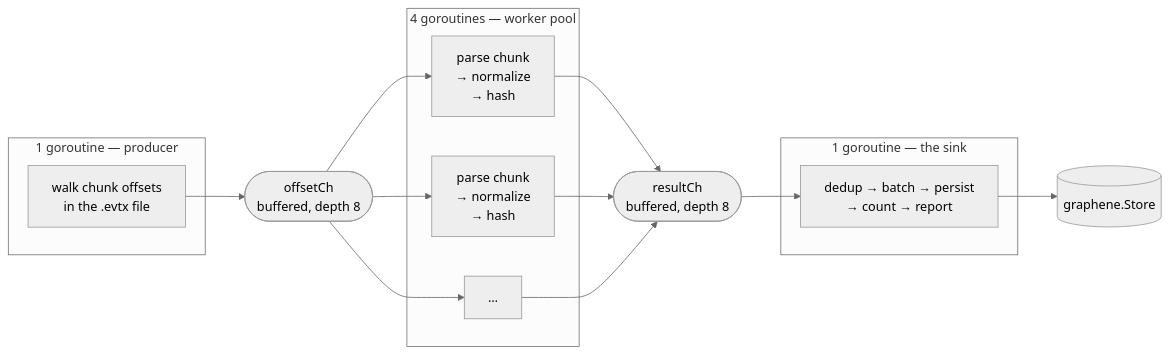
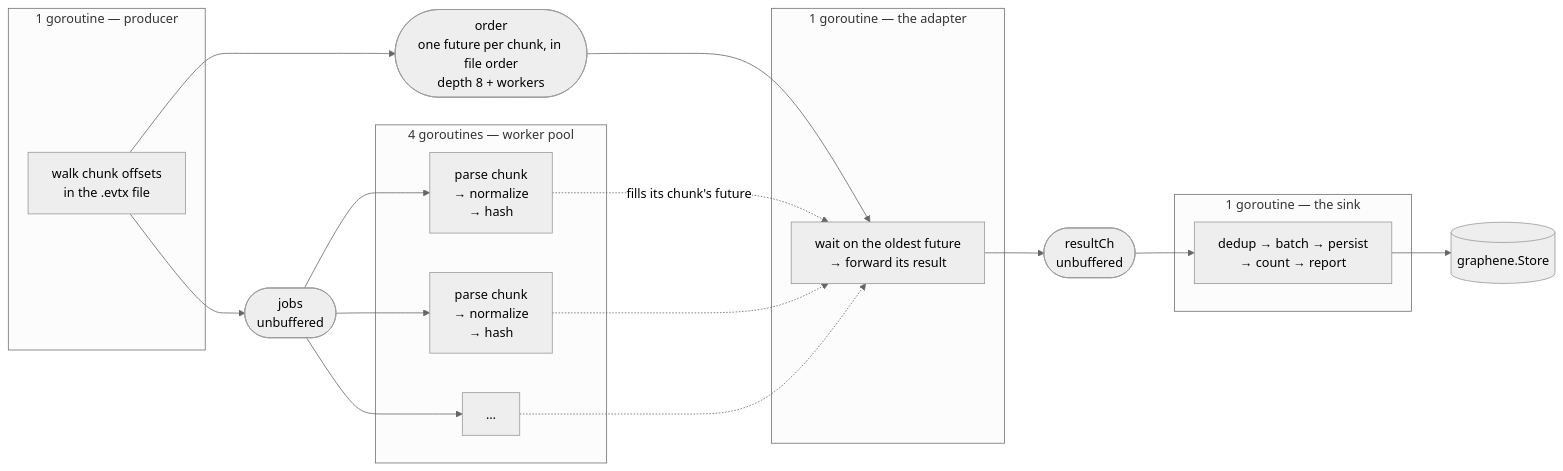
One commit to aoiflux/rohy changed the seventh of 19 diagrams in LLD.md. Above: the diagram before and after it, drawn with Mermaid (neutral theme). The commit also changed other lines of this file and 30 other files, not shown here.

````diff
--- a/LLD.md
+++ b/LLD.md
@@ -606,27 +606,36 @@
 ```mermaid
 flowchart LR
     subgraph producer["1 goroutine — producer"]
         P["walk chunk offsets<br/>in the .evtx file"]
     end
 
-    OC(["offsetCh<br/>buffered, depth 8"])
+    OQ(["order<br/>one future per chunk, in file order<br/>depth 8 + workers"])
+    JC(["jobs<br/>unbuffered"])
 
     subgraph workers["4 goroutines — worker pool"]
         W1["parse chunk<br/>→ normalize<br/>→ hash"]
         W2["parse chunk<br/>→ normalize<br/>→ hash"]
         W3["…"]
     end
 
-    RC(["resultCh<br/>buffered, depth 8"])
+    subgraph adapter["1 goroutine — the adapter"]
+        A["wait on the oldest future<br/>→ forward its result"]
+    end
+
+    RC(["resultCh<br/>unbuffered"])
 
     subgraph sink["1 goroutine — the sink"]
         S["dedup → batch → persist<br/>→ count → report"]
     end
 
     DB[("graphene.Store")]
 
-    P --> OC --> W1 --> RC
-    OC --> W2 --> RC
-    OC --> W3 --> RC
-    RC --> S --> DB
+    P --> OQ --> A
+    P --> JC --> W1
+    JC --> W2
+    JC --> W3
+    W1 -. "fills its chunk's future" .-> A
+    W2 -.-> A
+    W3 -.-> A
+    A --> RC --> S --> DB
 ```
````
